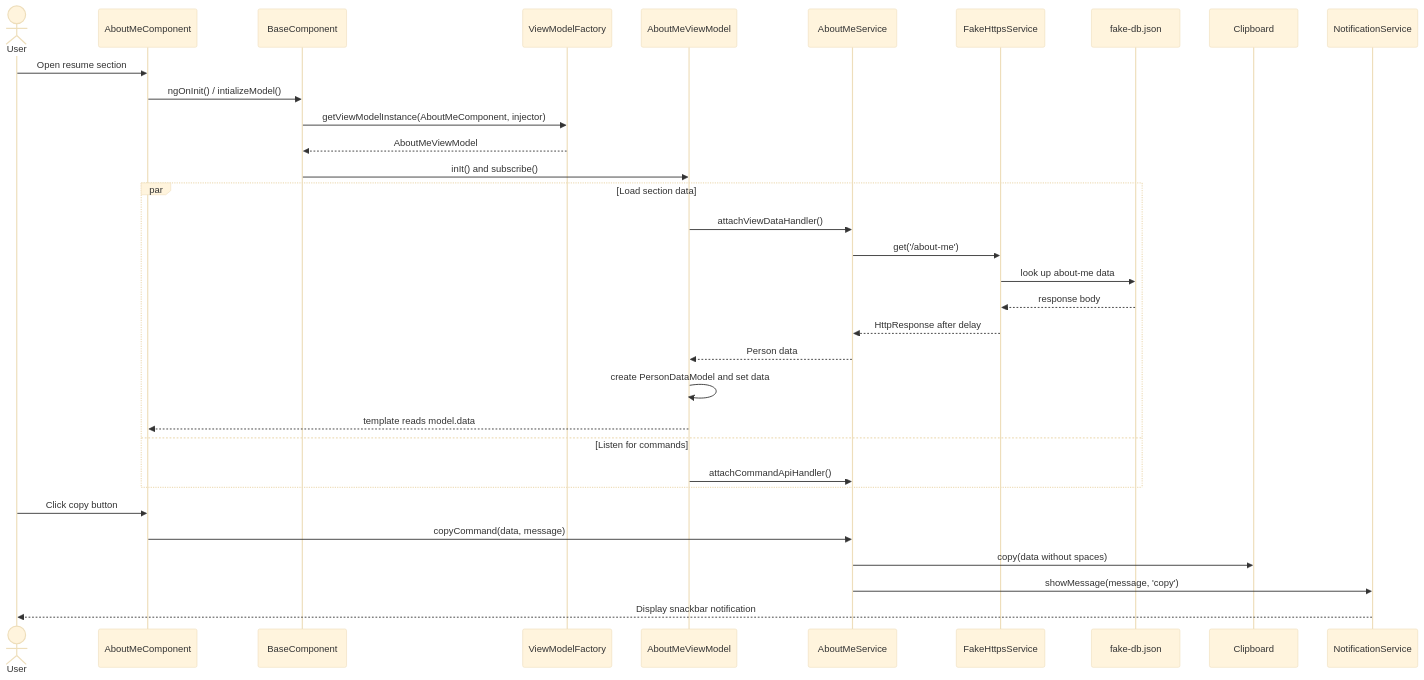
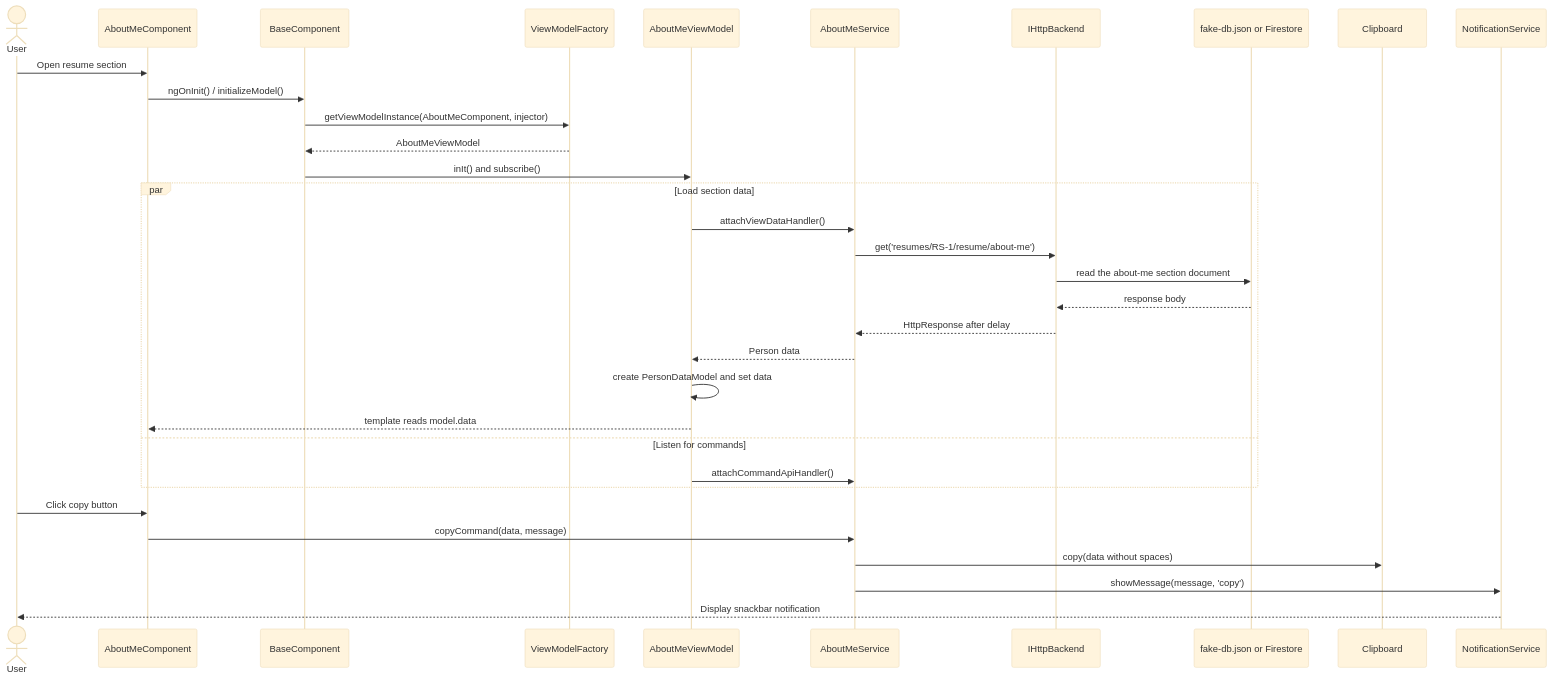
Before and after one commit to RaviAkhouri30/Resume3.0: the third of 3 diagrams in README.md, drawn with Mermaid (base theme). The commit also changed other lines of this file and 14 other files, not shown here.

````diff
--- a/README.md
+++ b/README.md
@@ -263,37 +305,37 @@
 ```mermaid
 sequenceDiagram
     actor User
     participant AboutMe as AboutMeComponent
     participant Base as BaseComponent
     participant Factory as ViewModelFactory
     participant VM as AboutMeViewModel
     participant Service as AboutMeService
-    participant HTTP as FakeHttpsService
-    participant DB as fake-db.json
+    participant HTTP as IHttpBackend
+    participant DB as fake-db.json or Firestore
     participant Clipboard
     participant Notice as NotificationService
 
     User->>AboutMe: Open resume section
-    AboutMe->>Base: ngOnInit() / intializeModel()
+    AboutMe->>Base: ngOnInit() / initializeModel()
     Base->>Factory: getViewModelInstance(AboutMeComponent, injector)
     Factory-->>Base: AboutMeViewModel
     Base->>VM: inIt() and subscribe()
     par Load section data
         VM->>Service: attachViewDataHandler()
-        Service->>HTTP: get('/about-me')
-        HTTP->>DB: look up about-me data
+        Service->>HTTP: get('resumes/RS-1/resume/about-me')
+        HTTP->>DB: read the about-me section document
         DB-->>HTTP: response body
         HTTP-->>Service: HttpResponse after delay
         Service-->>VM: Person data
         VM->>VM: create PersonDataModel and set data
         VM-->>AboutMe: template reads model.data
     and Listen for commands
         VM->>Service: attachCommandApiHandler()
     end
 
     User->>AboutMe: Click copy button
     AboutMe->>Service: copyCommand(data, message)
     Service->>Clipboard: copy(data without spaces)
     Service->>Notice: showMessage(message, 'copy')
     Notice-->>User: Display snackbar notification
 ```
````
